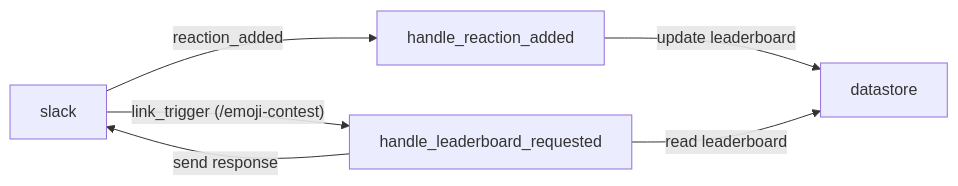
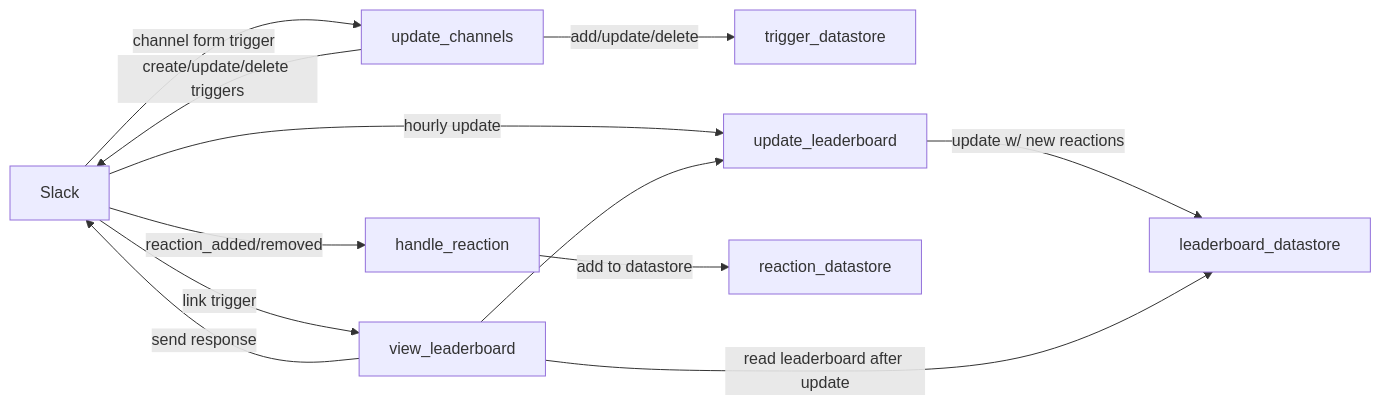
Before and after one commit to limlabs/reaction-contest: the first of 3 diagrams in docs/hld.md, drawn with Mermaid. The commit also changed other lines of this file and 8 other files, not shown here.

````diff
--- a/docs/hld.md
+++ b/docs/hld.md
@@ -37,8 +37,13 @@
 ```mermaid
 flowchart LR
-  slack -- reaction_added --> handle_reaction_added
-  slack -- "link_trigger (/emoji-contest)" --> handle_leaderboard_requested
-  handle_reaction_added -- "update leaderboard" --> datastore
-  handle_leaderboard_requested -- "read leaderboard" --> datastore
-  handle_leaderboard_requested -- "send response" --> slack
+  Slack -- reaction_added/removed --> handle_reaction
+  Slack -- channel form trigger --> update_channels -- add/update/delete --> trigger_datastore
+  update_channels -- create/update/delete triggers --> Slack
+  Slack -- "hourly update" --> update_leaderboard
+  Slack -- "link trigger" --> view_leaderboard
+  handle_reaction -- "add to datastore" --> reaction_datastore
+  update_leaderboard -- "update w/ new reactions" --> leaderboard_datastore
+  view_leaderboard --> update_leaderboard
+  view_leaderboard -- "read leaderboard after update" --> leaderboard_datastore
+  view_leaderboard -- "send response" --> Slack
 ```
````
